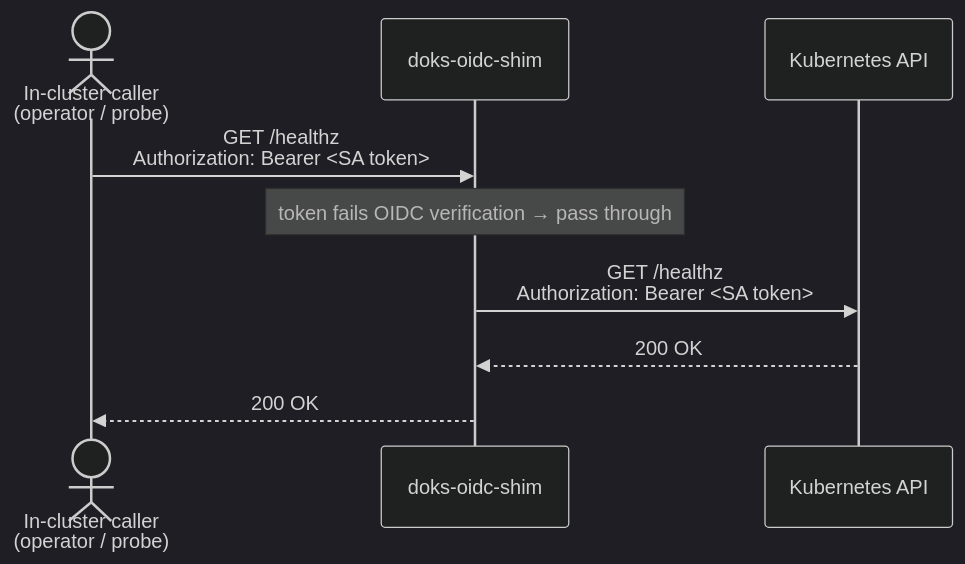
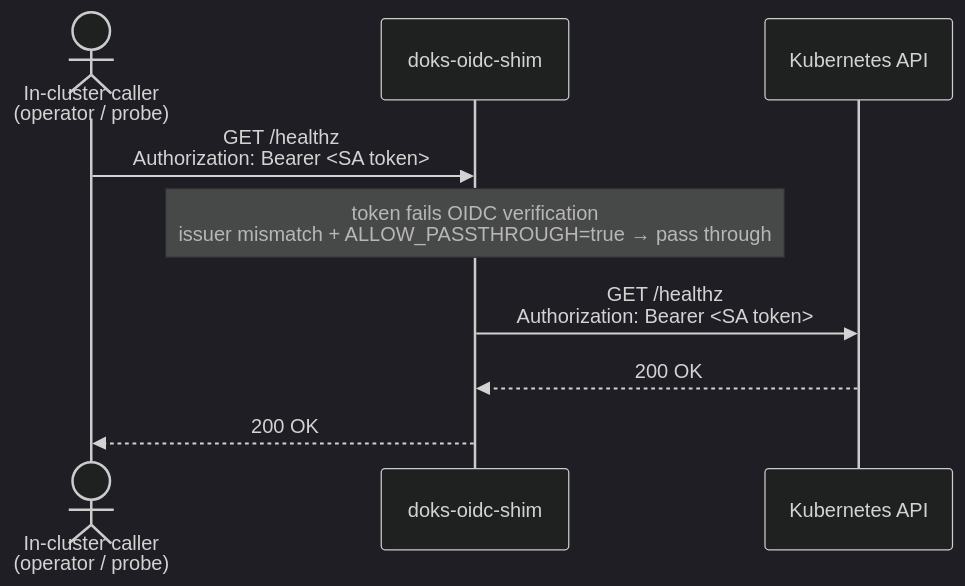
The second of 2 diagrams in docs/request-flow.md (lajosbencz/doks-oidc-shim), drawn with Mermaid (dark theme) before and after one commit. The commit also changed other lines of this file and 47 other files, not shown here.

````diff
--- a/docs/request-flow.md
+++ b/docs/request-flow.md
@@ -33,14 +33,14 @@
 ```mermaid
 sequenceDiagram
     actor Op as In-cluster caller<br/>(operator / probe)
     participant Shim as doks-oidc-shim
     participant K8s as Kubernetes API
 
     Op->>Shim: GET /healthz<br/>Authorization: Bearer <SA token>
 
-    note over Shim: token fails OIDC verification → pass through
+    note over Shim: token fails OIDC verification<br/>issuer mismatch + ALLOW_PASSTHROUGH=true → pass through
 
     Shim->>K8s: GET /healthz<br/>Authorization: Bearer <SA token>
     K8s-->>Shim: 200 OK
     Shim-->>Op: 200 OK
 ```
````
